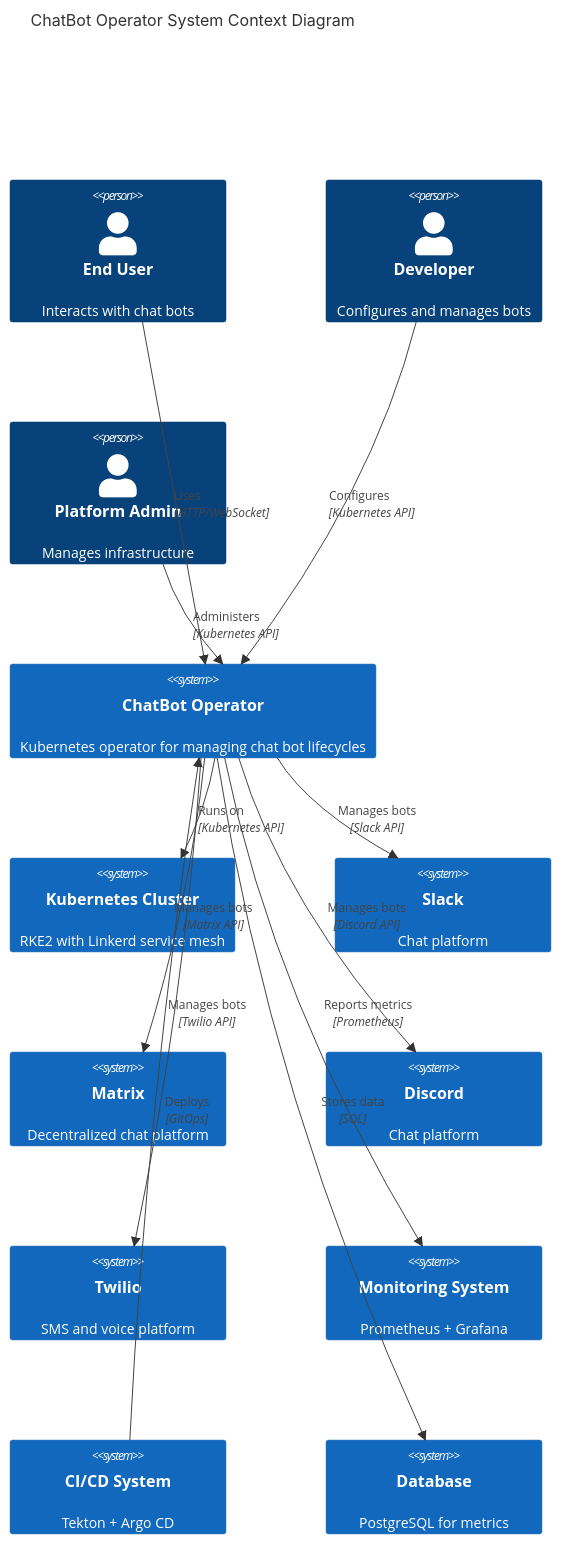
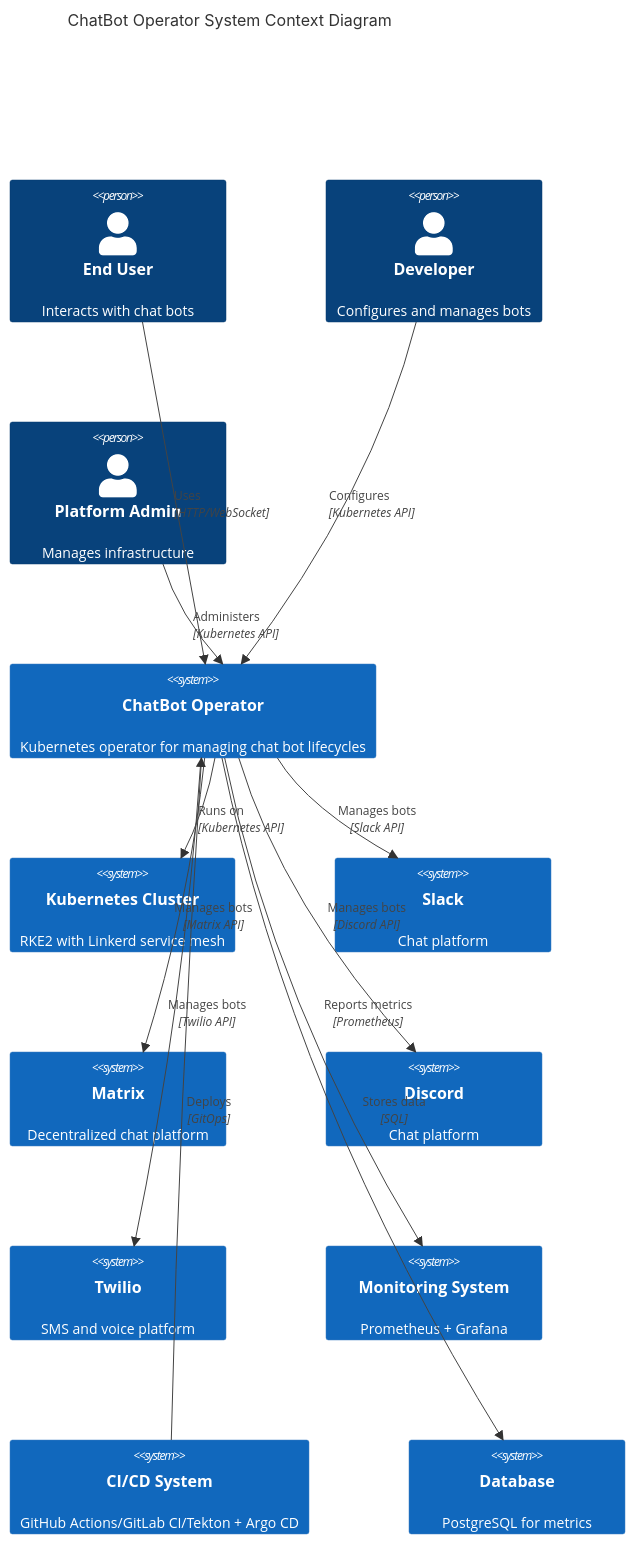
One commit to FruityWelsh/bot-maker changed the first of 17 diagrams in docs/diagrams.md. Above: the diagram before and after it, drawn with Mermaid. The commit also changed other lines of this file and 2 other files, not shown here.

First line of the commit message:
fix(docs): clarify Tekton is one of several CI/CD options, not the only option

````diff
--- a/docs/diagrams.md
+++ b/docs/diagrams.md
@@ -40,32 +40,32 @@
 ```mermaid
 C4Context
     title ChatBot Operator System Context Diagram
     
     Person(user, "End User", "Interacts with chat bots")
     Person(dev, "Developer", "Configures and manages bots")
     Person(admin, "Platform Admin", "Manages infrastructure")
     
     System(chatbotOperator, "ChatBot Operator", "Kubernetes operator for managing chat bot lifecycles")
     
     System(kubernetes, "Kubernetes Cluster", "RKE2 with Linkerd service mesh")
     System(slack, "Slack", "Chat platform")
     System(matrix, "Matrix", "Decentralized chat platform")
     System(discord, "Discord", "Chat platform")
     System(twilio, "Twilio", "SMS and voice platform")
     System(monitoring, "Monitoring System", "Prometheus + Grafana")
-    System(ciCd, "CI/CD System", "Tekton + Argo CD")
+    System(ciCd, "CI/CD System", "GitHub Actions/GitLab CI/Tekton + Argo CD")
     System(database, "Database", "PostgreSQL for metrics")
     
     Rel(user, chatbotOperator, "Uses", "HTTP/WebSocket")
     Rel(dev, chatbotOperator, "Configures", "Kubernetes API")
     Rel(admin, chatbotOperator, "Administers", "Kubernetes API")
     
     Rel(chatbotOperator, kubernetes, "Runs on", "Kubernetes API")
     Rel(chatbotOperator, slack, "Manages bots", "Slack API")
     Rel(chatbotOperator, matrix, "Manages bots", "Matrix API")
     Rel(chatbotOperator, discord, "Manages bots", "Discord API")
     Rel(chatbotOperator, twilio, "Manages bots", "Twilio API")
     Rel(chatbotOperator, monitoring, "Reports metrics", "Prometheus")
     Rel(chatbotOperator, database, "Stores data", "SQL")
     Rel(ciCd, chatbotOperator, "Deploys", "GitOps")
 ```
````
